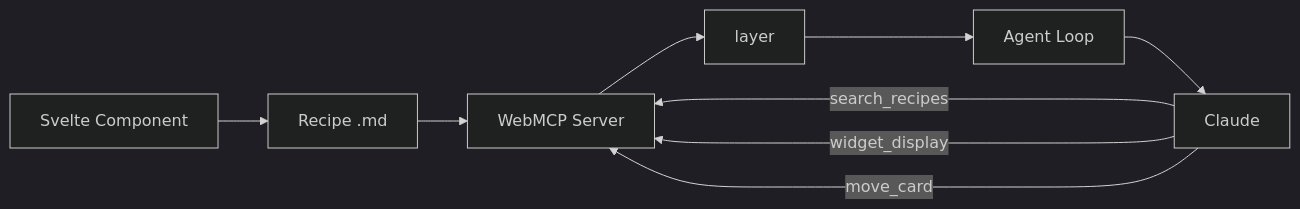
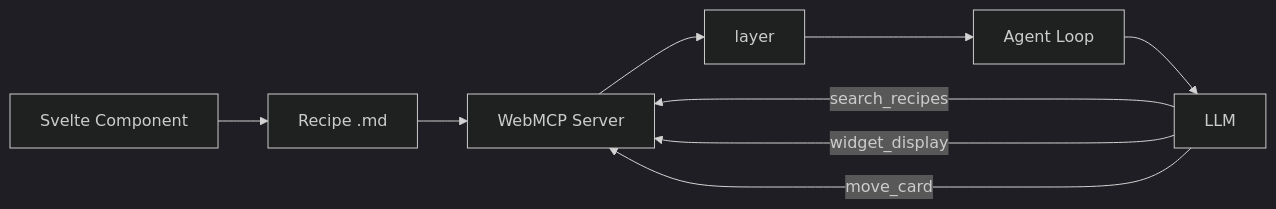
One commit to jeanbaptiste/webmcp-auto-ui changed the first of 3 diagrams in docs-site/src/content/docs/en/tutorials/create-webmcp-server.mdx. Above: the diagram before and after it, drawn with Mermaid (dark theme). The commit also changed other lines of this file and 131 other files, not shown here.

````diff
--- a/docs-site/src/content/docs/en/tutorials/create-webmcp-server.mdx
+++ b/docs-site/src/content/docs/en/tutorials/create-webmcp-server.mdx
@@ -24,11 +24,11 @@
 ```mermaid
 graph LR
     Component[Svelte Component] --> Recipe[Recipe .md]
     Recipe --> Server[WebMCP Server]
     Server --> Layer[layer]
     Layer --> Agent[Agent Loop]
-    Agent --> LLM[Claude]
+    Agent --> LLM[LLM]
     LLM -->|search_recipes| Server
     LLM -->|widget_display| Server
     LLM -->|move_card| Server
 ```
````
